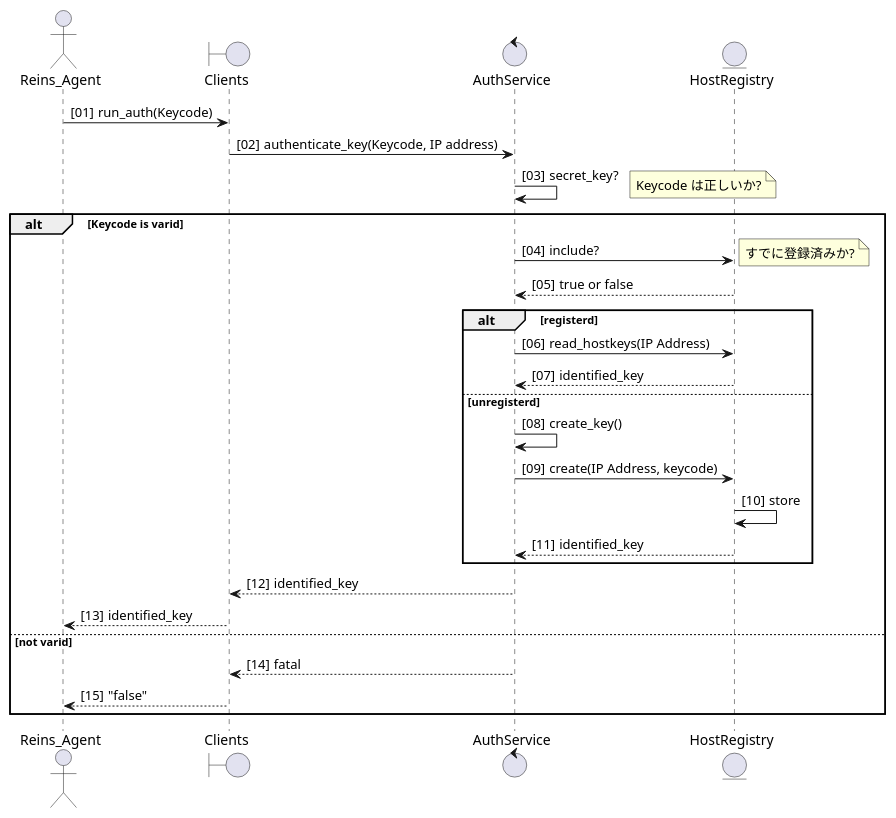
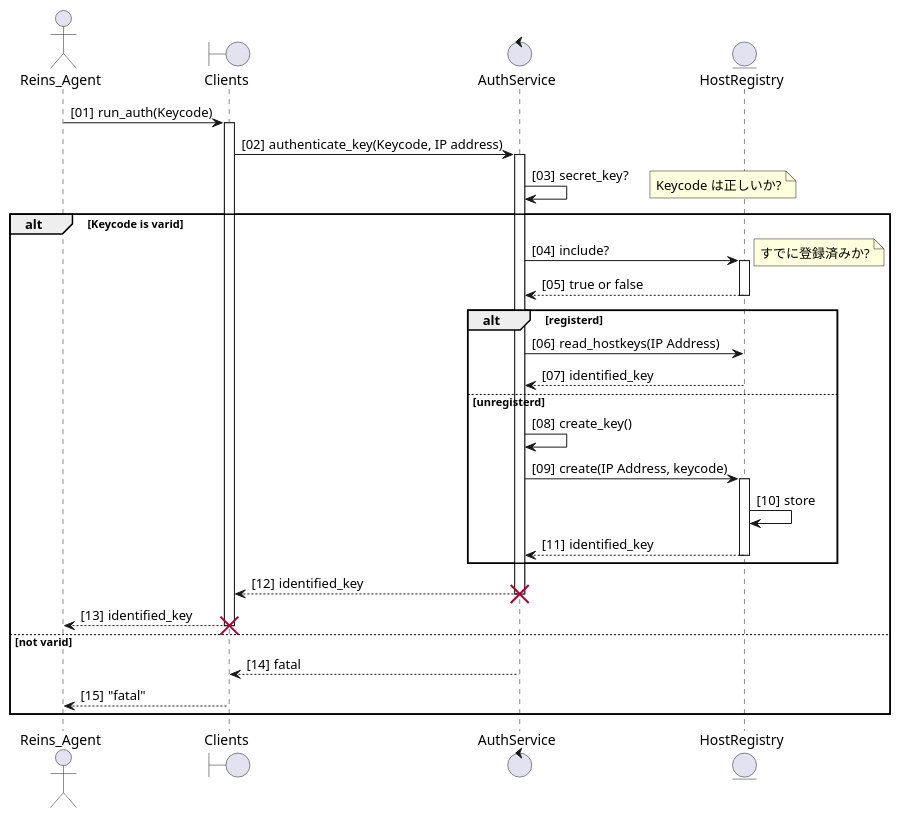
Before and after one commit to 40ruby/reins: the diagram in uml/authentication.pu, drawn with PlantUML. The commit also changed 3 other files, not shown here.

```diff
--- a/uml/authentication.pu
+++ b/uml/authentication.pu
@@ -1,40 +1,50 @@
 @startuml
 
 actor Reins_Agent as user
 boundary Clients as clients
 control AuthService as auth
 entity HostRegistry as host
 
 autonumber "[00]"
 
-user -> clients : run_auth(Keycode)
+user -> clients: run_auth(Keycode)
+activate clients
 
-clients -> auth : authenticate_key(Keycode, IP address)
+clients -> auth: authenticate_key(Keycode, IP address)
+activate auth
 
-auth -> auth : secret_key?
-note right : Keycode は正しいか?
+auth -> auth: secret_key?
+note right: Keycode は正しいか?
 
 alt Keycode is varid
-  auth -> host : include?
-  note right : すでに登録済みか?
-  host --> auth : true or false
+  auth -> host: include?
+  activate host
+  note right: すでに登録済みか?
+  host --> auth: true or false
+  deactivate host
 
   alt registerd
-    auth -> host : read_hostkeys(IP Address)
-    host --> auth : identified_key
+    auth -> host: read_hostkeys(IP Address)
+    host --> auth: identified_key
   else unregisterd
-    auth -> auth : create_key()
+    auth -> auth: create_key()
     auth -> host: create(IP Address, keycode)
+    activate host
     host -> host: store
-    host --> auth : identified_key
+    host --> auth: identified_key
+    deactivate host
   end
 
-  auth --> clients : identified_key
-  clients --> user : identified_key
+  auth --> clients: identified_key
+  deactivate auth
+  destroy auth
+  clients --> user: identified_key
+  deactivate clients
+  destroy clients
 
 else not varid
-  auth --> clients : fatal
-  clients --> user : "false"
+  auth --> clients: fatal
+  clients --> user: "fatal"
 end
 
 @enduml
```
